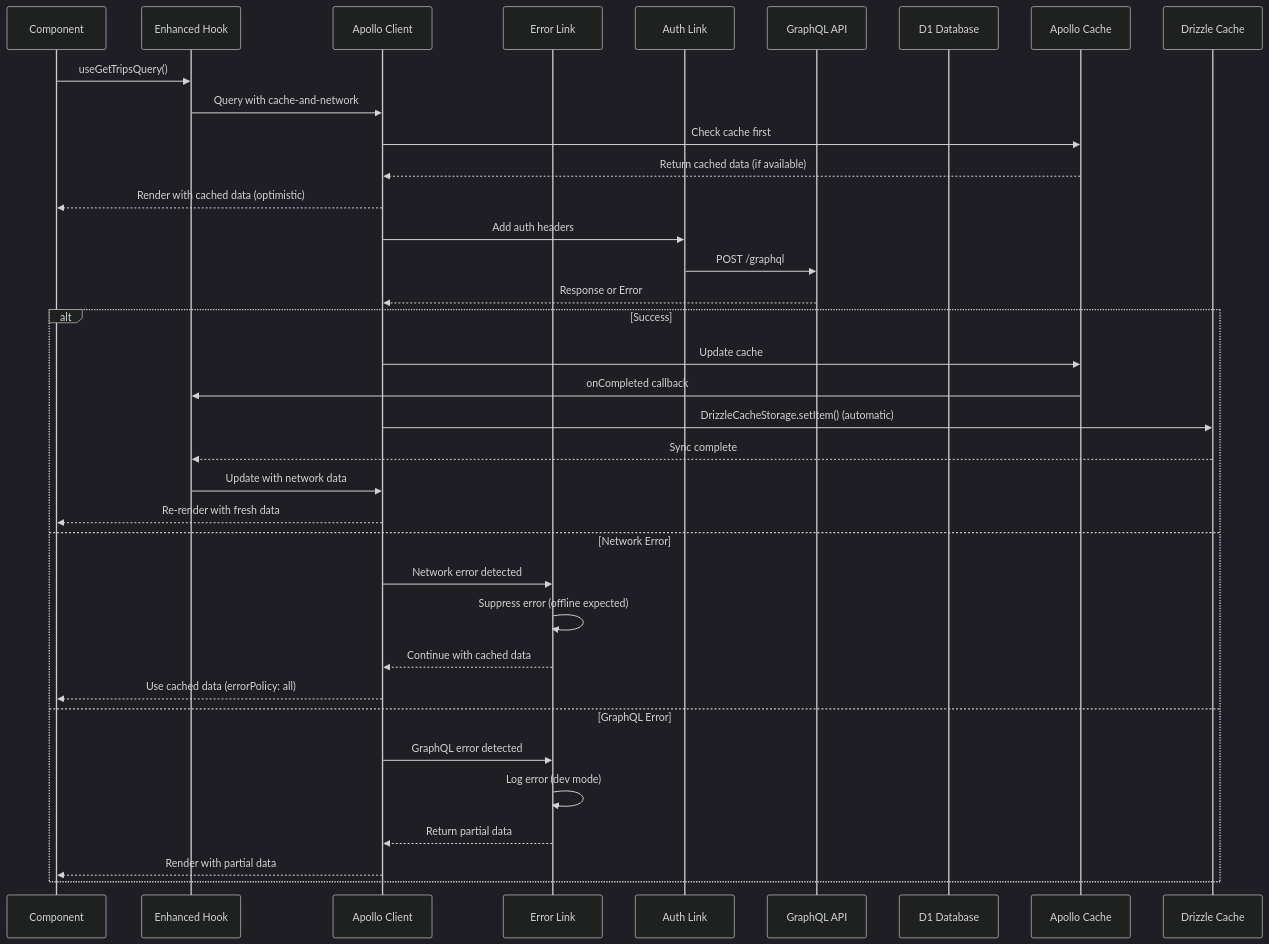
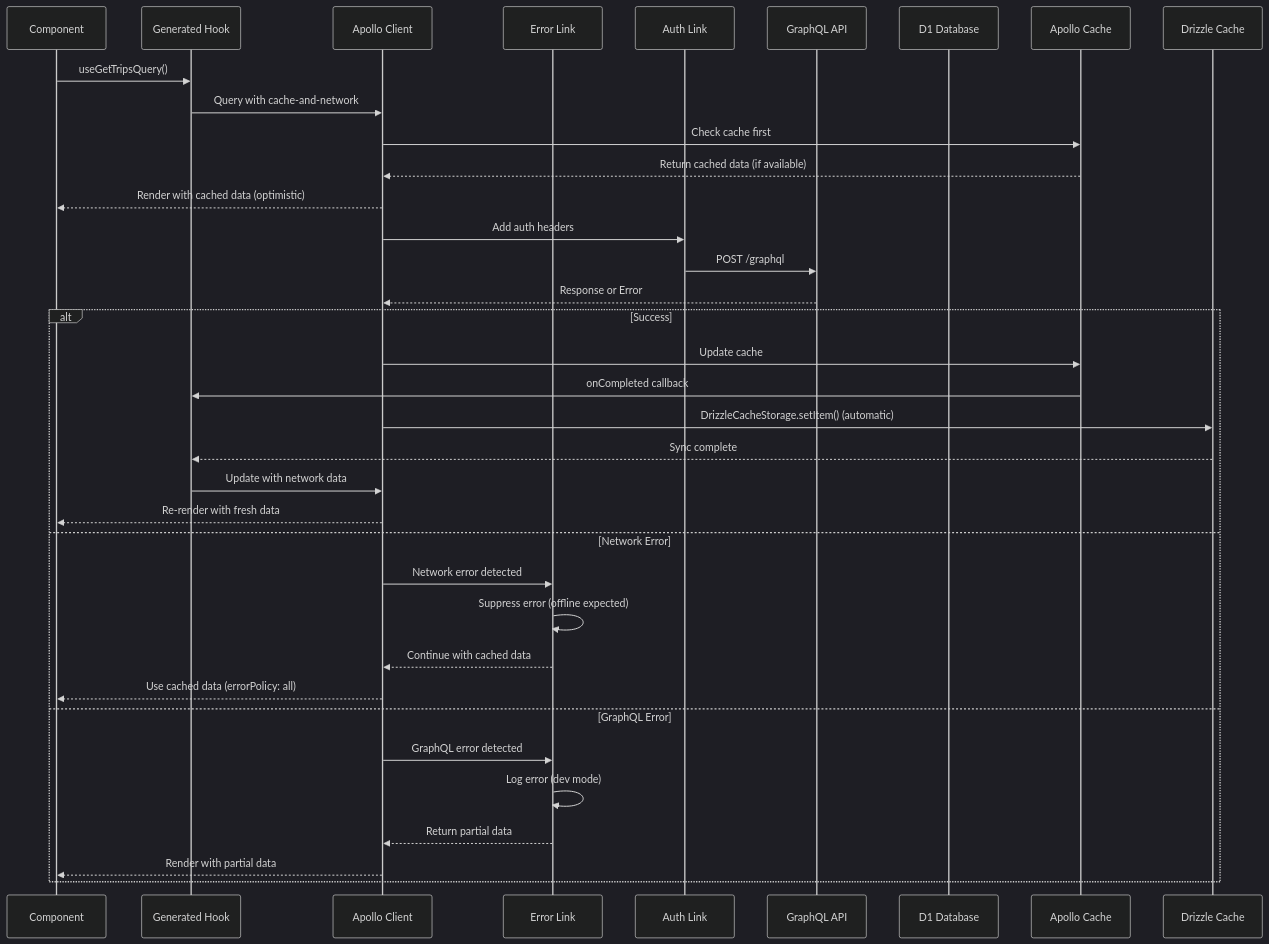
The tenth of 11 diagrams in README.md (mehotkhan/safarnak.app), drawn with Mermaid (dark theme) before and after one commit. The commit also changed other lines of this file, not shown here.

Commit message:
docs(readme): fix outdated references (Enhanced→Generated hooks, apollo cache table); refresh diagrams

````diff
--- a/README.md
+++ b/README.md
@@ -456,39 +456,39 @@
 ```mermaid
 sequenceDiagram
   participant C as Component
-  participant EH as Enhanced Hook
+  participant AH as Generated Hook
   participant AC as Apollo Client
   participant EL as Error Link
   participant AL as Auth Link
   participant API as GraphQL API
   participant DB as D1 Database
   participant Cache as Apollo Cache
   participant Drizzle as Drizzle Cache
 
-  C->>EH: useGetTripsQuery()
-  EH->>AC: Query with cache-and-network
+  C->>AH: useGetTripsQuery()
+  AH->>AC: Query with cache-and-network
   AC->>Cache: Check cache first
   Cache-->>AC: Return cached data (if available)
   AC-->>C: Render with cached data (optimistic)
   AC->>AL: Add auth headers
   AL->>API: POST /graphql
   API-->>AC: Response or Error
   alt Success
     AC->>Cache: Update cache
-    Cache->>EH: onCompleted callback
+    Cache->>AH: onCompleted callback
     AC->>Drizzle: DrizzleCacheStorage.setItem() (automatic)
-    Drizzle-->>EH: Sync complete
-    EH->>AC: Update with network data
+    Drizzle-->>AH: Sync complete
+    AH->>AC: Update with network data
     AC-->>C: Re-render with fresh data
   else Network Error
     AC->>EL: Network error detected
     EL->>EL: Suppress error (offline expected)
     EL-->>AC: Continue with cached data
     AC-->>C: Use cached data (errorPolicy: all)
   else GraphQL Error
     AC->>EL: GraphQL error detected
     EL->>EL: Log error (dev mode)
     EL-->>AC: Return partial data
     AC-->>C: Render with partial data
   end
 ```
````
